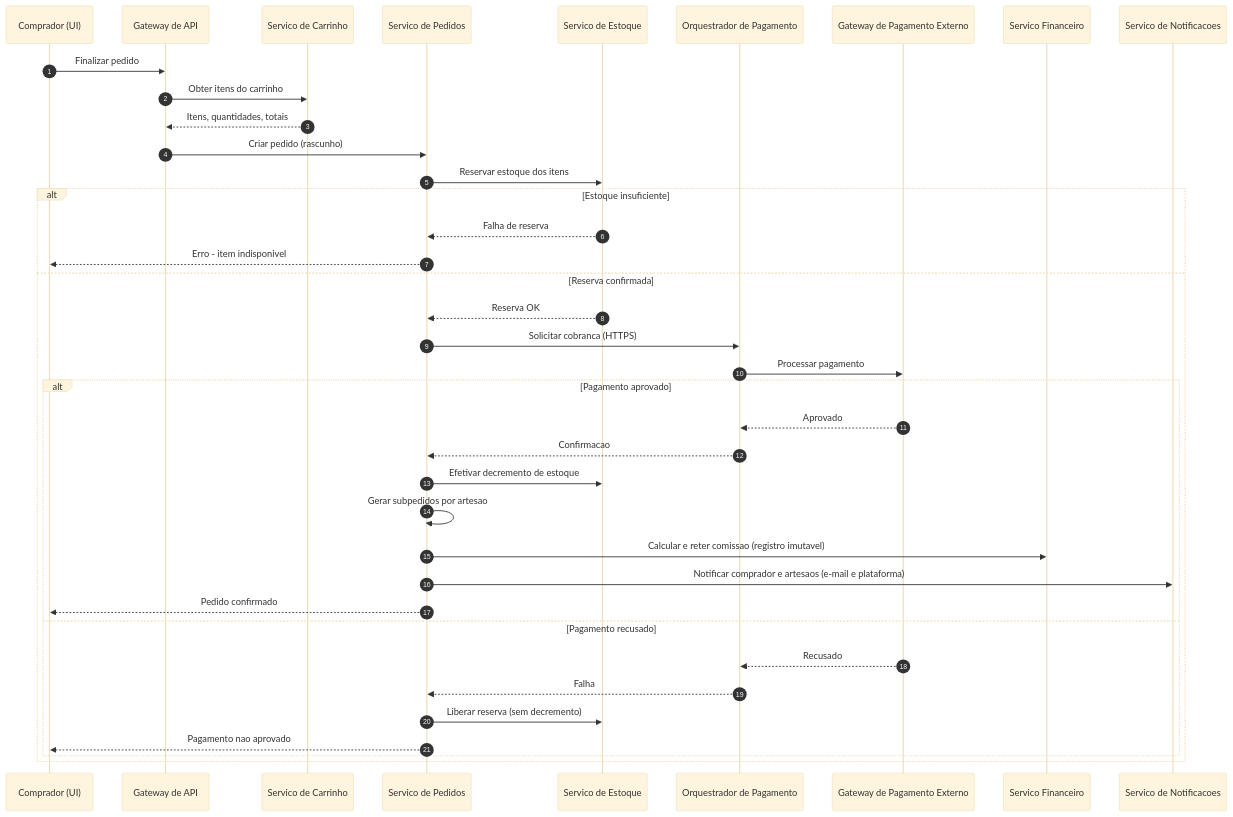
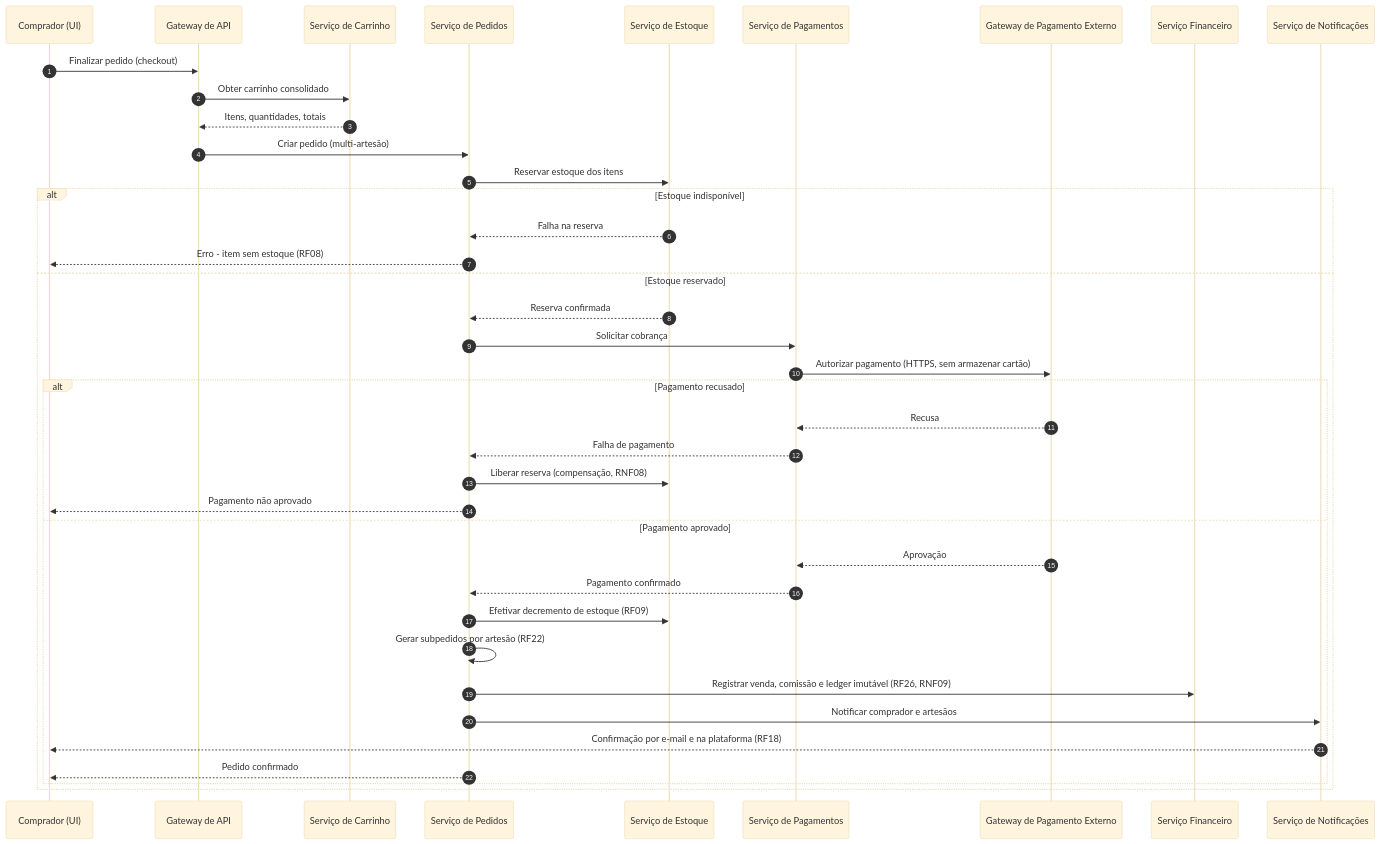
One commit to PDC-ESIA/AI4ES changed the second of 3 diagrams in docs/Time_2_Design/analise-qualitativa/outputs/relatorio_claude_fable_5_M03.md. Above: the diagram before and after it, drawn with Mermaid (base theme). The commit also changed other lines of this file and 107 other files, not shown here.

````diff
--- a/docs/Time_2_Design/analise-qualitativa/outputs/relatorio_claude_fable_5_M03.md
+++ b/docs/Time_2_Design/analise-qualitativa/outputs/relatorio_claude_fable_5_M03.md
@@ -81,41 +83,42 @@
 ```mermaid
 sequenceDiagram
     autonumber
     participant C as Comprador (UI)
     participant GW as Gateway de API
-    participant CAR as Servico de Carrinho
-    participant PED as Servico de Pedidos
-    participant EST as Servico de Estoque
-    participant PAG as Orquestrador de Pagamento
-    participant GP as Gateway de Pagamento Externo
-    participant FIN as Servico Financeiro
-    participant NOT as Servico de Notificacoes
+    participant CAR as Serviço de Carrinho
+    participant PED as Serviço de Pedidos
+    participant EST as Serviço de Estoque
+    participant PAG as Serviço de Pagamentos
+    participant GPAY as Gateway de Pagamento Externo
+    participant FIN as Serviço Financeiro
+    participant NOT as Serviço de Notificações
 
-    C->>GW: Finalizar pedido
-    GW->>CAR: Obter itens do carrinho
+    C->>GW: Finalizar pedido (checkout)
+    GW->>CAR: Obter carrinho consolidado
     CAR-->>GW: Itens, quantidades, totais
-    GW->>PED: Criar pedido (rascunho)
+    GW->>PED: Criar pedido (multi-artesão)
     PED->>EST: Reservar estoque dos itens
-    alt Estoque insuficiente
-        EST-->>PED: Falha de reserva
-        PED-->>C: Erro - item indisponivel
-    else Reserva confirmada
-        EST-->>PED: Reserva OK
-        PED->>PAG: Solicitar cobranca (HTTPS)
-        PAG->>GP: Processar pagamento
-        alt Pagamento aprovado
-            GP-->>PAG: Aprovado
-            PAG-->>PED: Confirmacao
-            PED->>EST: Efetivar decremento de estoque
-            PED->>PED: Gerar subpedidos por artesao
-            PED->>FIN: Calcular e reter comissao (registro imutavel)
-            PED->>NOT: Notificar comprador e artesaos (e-mail e plataforma)
+    alt Estoque indisponível
+        EST-->>PED: Falha na reserva
+        PED-->>C: Erro - item sem estoque (RF08)
+    else Estoque reservado
+        EST-->>PED: Reserva confirmada
+        PED->>PAG: Solicitar cobrança
+        PAG->>GPAY: Autorizar pagamento (HTTPS, sem armazenar cartão)
+        alt Pagamento recusado
+            GPAY-->>PAG: Recusa
+            PAG-->>PED: Falha de pagamento
+            PED->>EST: Liberar reserva (compensação, RNF08)
+            PED-->>C: Pagamento não aprovado
+        else Pagamento aprovado
+            GPAY-->>PAG: Aprovação
+            PAG-->>PED: Pagamento confirmado
+            PED->>EST: Efetivar decremento de estoque (RF09)
+            PED->>PED: Gerar subpedidos por artesão (RF22)
+            PED->>FIN: Registrar venda, comissão e ledger imutável (RF26, RNF09)
+            PED->>NOT: Notificar comprador e artesãos
+            NOT-->>C: Confirmação por e-mail e na plataforma (RF18)
             PED-->>C: Pedido confirmado
-        else Pagamento recusado
-            GP-->>PAG: Recusado
-            PAG-->>PED: Falha
-            PED->>EST: Liberar reserva (sem decremento)
-            PED-->>C: Pagamento nao aprovado
         end
     end
 ```
````
